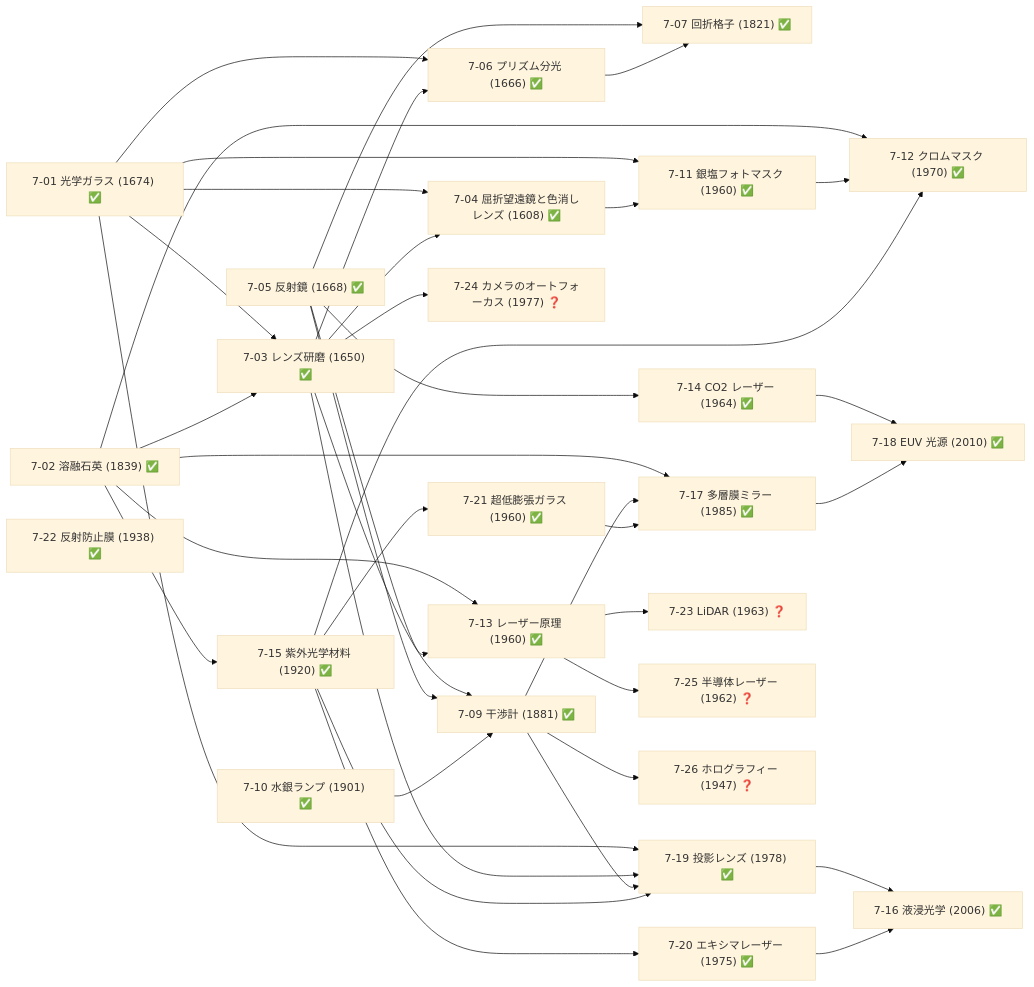
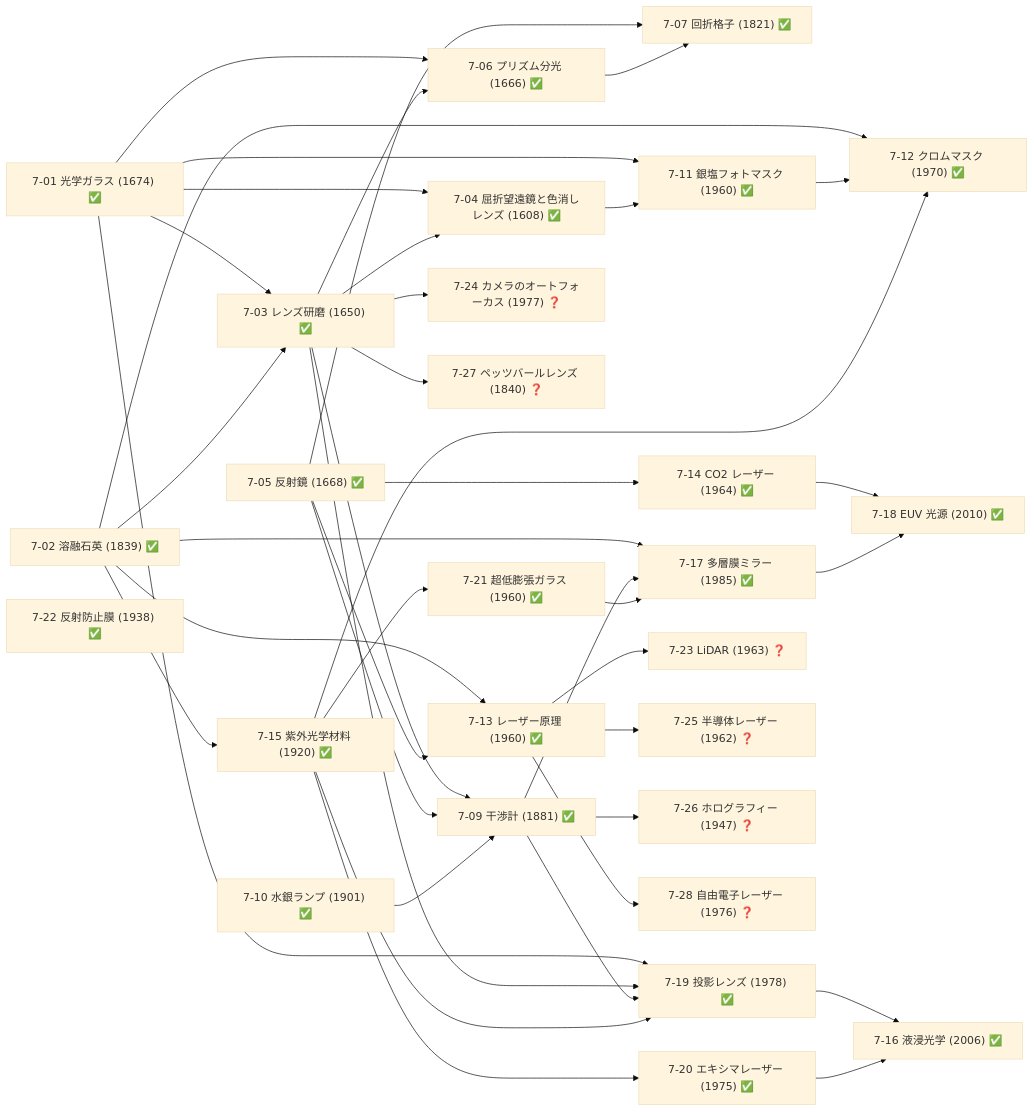
Before and after one commit to taku3i0317-collab/semiconductor-lab: the tenth of 19 diagrams in docs/TECH_TREE_VIEW.md, drawn with Mermaid (base theme). The commit also changed other lines of this file and 12 other files, not shown here.

````diff
--- a/docs/TECH_TREE_VIEW.md
+++ b/docs/TECH_TREE_VIEW.md
@@ -525,65 +525,69 @@
 ```mermaid
 graph LR
   n7_01["7-01 光学ガラス (1674) ✅"]
   n7_02["7-02 溶融石英 (1839) ✅"]
   n7_03["7-03 レンズ研磨 (1650) ✅"]
   n7_04["7-04 屈折望遠鏡と色消しレンズ (1608) ✅"]
   n7_05["7-05 反射鏡 (1668) ✅"]
   n7_06["7-06 プリズム分光 (1666) ✅"]
   n7_07["7-07 回折格子 (1821) ✅"]
   n7_09["7-09 干渉計 (1881) ✅"]
   n7_10["7-10 水銀ランプ (1901) ✅"]
   n7_11["7-11 銀塩フォトマスク (1960) ✅"]
   n7_12["7-12 クロムマスク (1970) ✅"]
   n7_13["7-13 レーザー原理 (1960) ✅"]
   n7_14["7-14 CO2 レーザー (1964) ✅"]
   n7_15["7-15 紫外光学材料 (1920) ✅"]
   n7_16["7-16 液浸光学 (2006) ✅"]
   n7_17["7-17 多層膜ミラー (1985) ✅"]
   n7_18["7-18 EUV 光源 (2010) ✅"]
   n7_19["7-19 投影レンズ (1978) ✅"]
   n7_20["7-20 エキシマレーザー (1975) ✅"]
   n7_21["7-21 超低膨張ガラス (1960) ✅"]
   n7_22["7-22 反射防止膜 (1938) ✅"]
   n7_23["7-23 LiDAR (1963) ❓"]
   n7_24["7-24 カメラのオートフォーカス (1977) ❓"]
   n7_25["7-25 半導体レーザー (1962) ❓"]
   n7_26["7-26 ホログラフィー (1947) ❓"]
+  n7_27["7-27 ペッツバールレンズ (1840) ❓"]
+  n7_28["7-28 自由電子レーザー (1976) ❓"]
   n7_01-->n7_03
   n7_02-->n7_03
   n7_01-->n7_04
   n7_03-->n7_04
   n7_01-->n7_06
   n7_03-->n7_06
   n7_05-->n7_07
   n7_06-->n7_07
   n7_03-->n7_09
   n7_05-->n7_09
   n7_10-->n7_09
   n7_01-->n7_11
   n7_04-->n7_11
   n7_02-->n7_12
   n7_11-->n7_12
   n7_15-->n7_12
   n7_02-->n7_13
   n7_05-->n7_13
   n7_05-->n7_14
   n7_02-->n7_15
   n7_19-->n7_16
   n7_20-->n7_16
   n7_02-->n7_17
   n7_09-->n7_17
   n7_21-->n7_17
   n7_14-->n7_18
   n7_17-->n7_18
   n7_01-->n7_19
   n7_03-->n7_19
   n7_09-->n7_19
   n7_15-->n7_19
   n7_15-->n7_20
   n7_15-->n7_21
   n7_13-->n7_23
   n7_03-->n7_24
   n7_13-->n7_25
   n7_09-->n7_26
+  n7_03-->n7_27
+  n7_13-->n7_28
 ```
````
